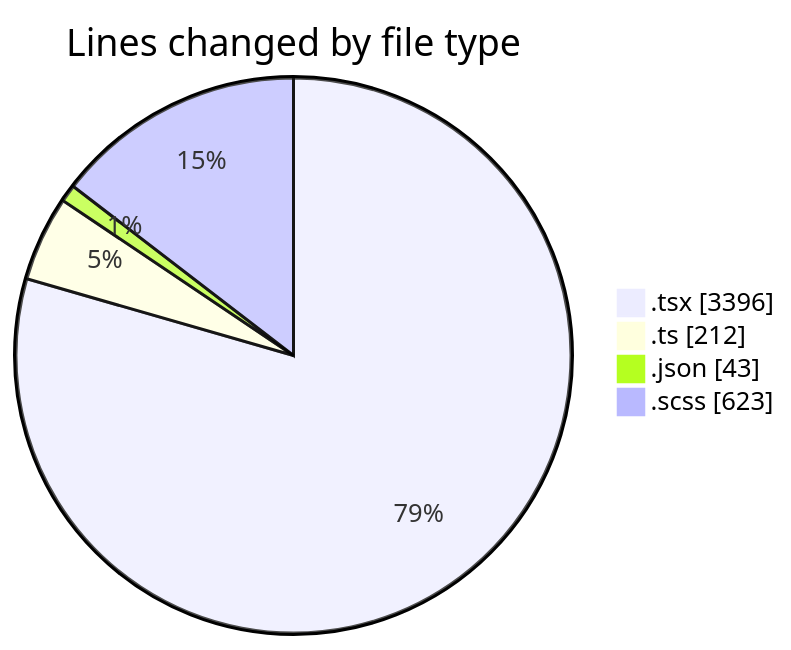
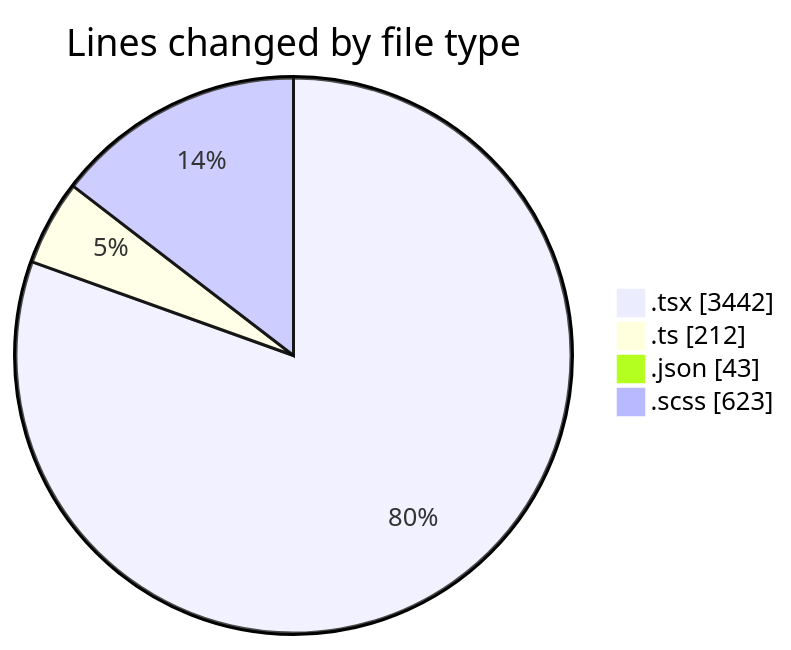
Before and after one commit to momahboobian/code-tracking: the first of 2 diagrams in 2025-09-23/cda/README.md, drawn with Mermaid. The commit also changed other lines of this file and 1 other file, not shown here.

````diff
--- a/2025-09-23/cda/README.md
+++ b/2025-09-23/cda/README.md
@@ -31,8 +31,8 @@
 ```mermaid
 pie showData
 title Lines changed by file type
-".tsx" : 3396
+".tsx" : 3442
 ".ts" : 212
 ".json" : 43
 ".scss" : 623
 ```
````
